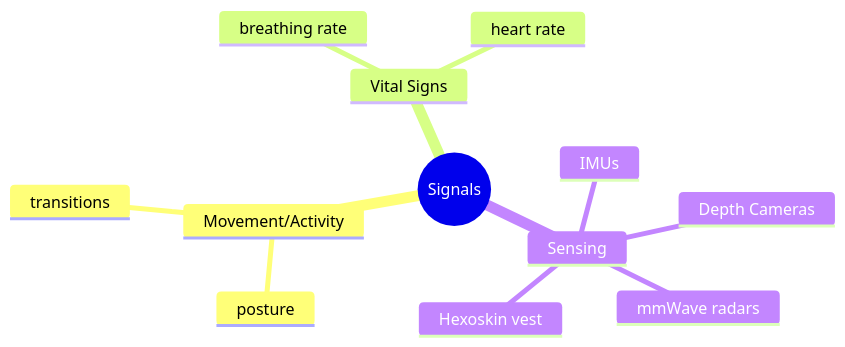
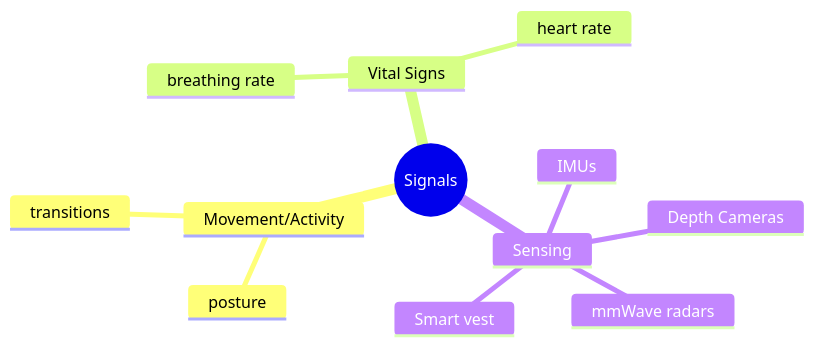
Before and after one commit to Ubiweb-lab/HDT-Intelligence: the diagram in recruitment.md, drawn with Mermaid.

Commit message:
Update Hexoskin vest to Smart vest

````diff
--- a/recruitment.md
+++ b/recruitment.md
@@ -72,15 +72,15 @@
 ```mermaid
 mindmap
   root((Signals))
     Movement/Activity
       posture
       transitions
     Vital Signs
       breathing rate
       heart rate
     Sensing
       IMUs
       Depth Cameras
       mmWave radars
-      Hexoskin vest
+      Smart vest
 ```
````
